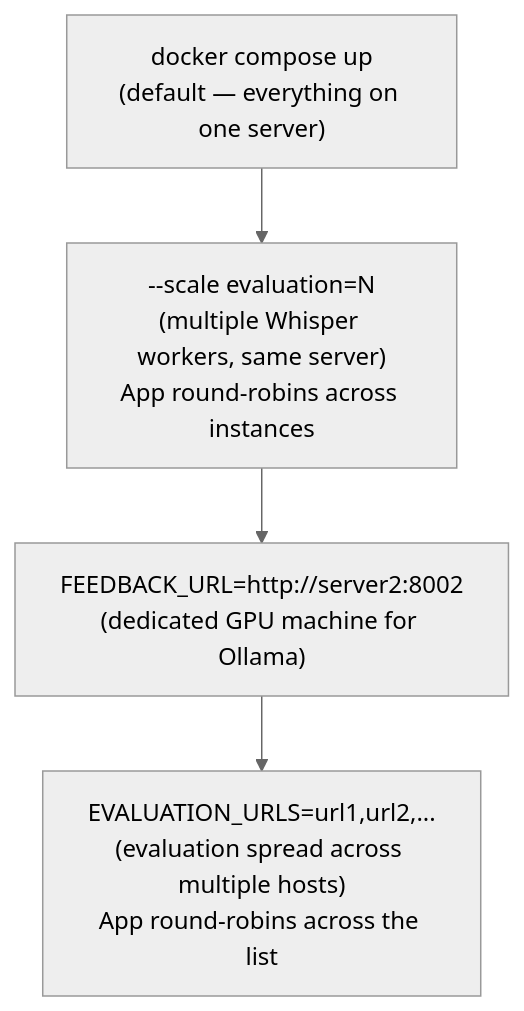
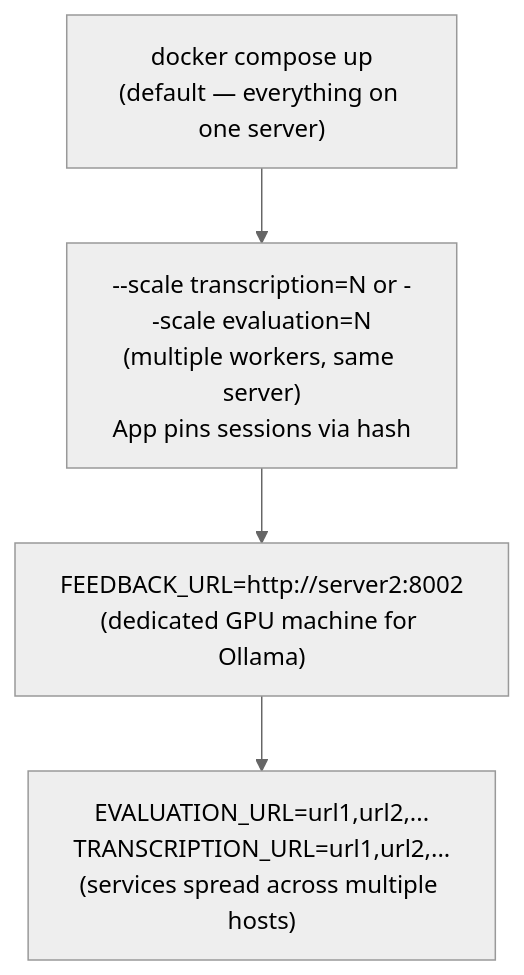
The third of 3 diagrams in docs/architecture.md (Team-Education-Futures-Lab/Agression_Trainer), drawn with Mermaid (neutral theme) before and after one commit. The commit also changed other lines of this file and 19 other files, not shown here.

Commit message:
Update app container and documentation to prepare and implement for an extra container, this container will be the transcription container responsible for providing a live transcript from the recorded video

````diff
--- a/docs/architecture.md
+++ b/docs/architecture.md
@@ -167,9 +173,9 @@
 ```mermaid
 flowchart TD
     A["docker compose up\n(default — everything on one server)"]
-    B["--scale evaluation=N\n(multiple Whisper workers, same server)\nApp round-robins across instances"]
+    B["--scale transcription=N or --scale evaluation=N\n(multiple workers, same server)\nApp pins sessions via hash"]
     C["FEEDBACK_URL=http://server2:8002\n(dedicated GPU machine for Ollama)"]
-    D["EVALUATION_URLS=url1,url2,...\n(evaluation spread across multiple hosts)\nApp round-robins across the list"]
+    D["EVALUATION_URL=url1,url2,...\nTRANSCRIPTION_URL=url1,url2,...\n(services spread across multiple hosts)"]
 
     A --> B --> C --> D
 ```
````
